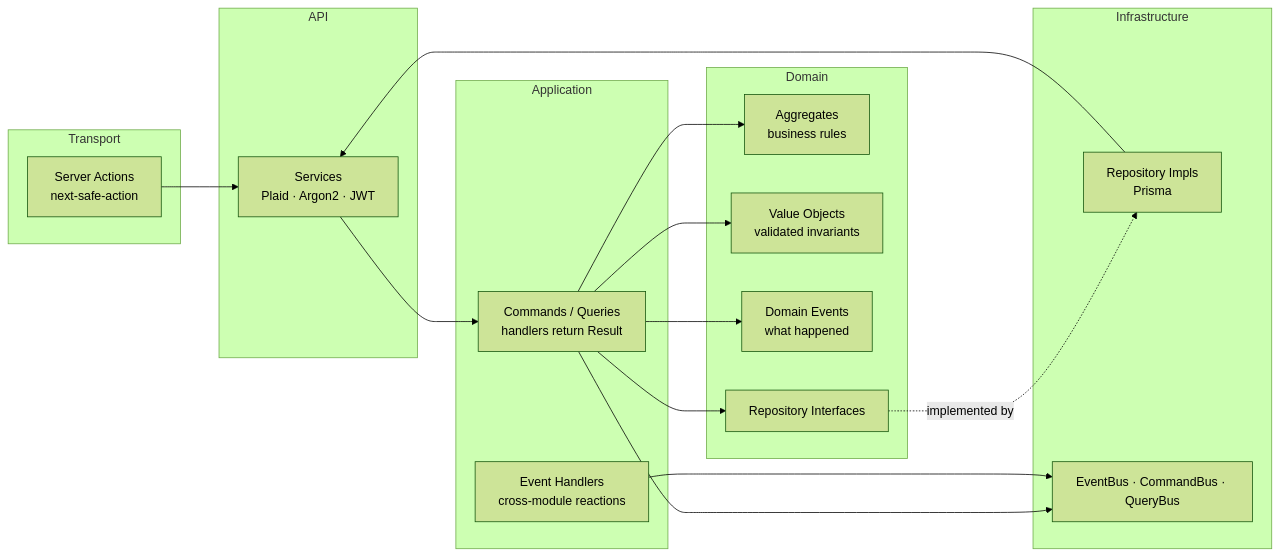
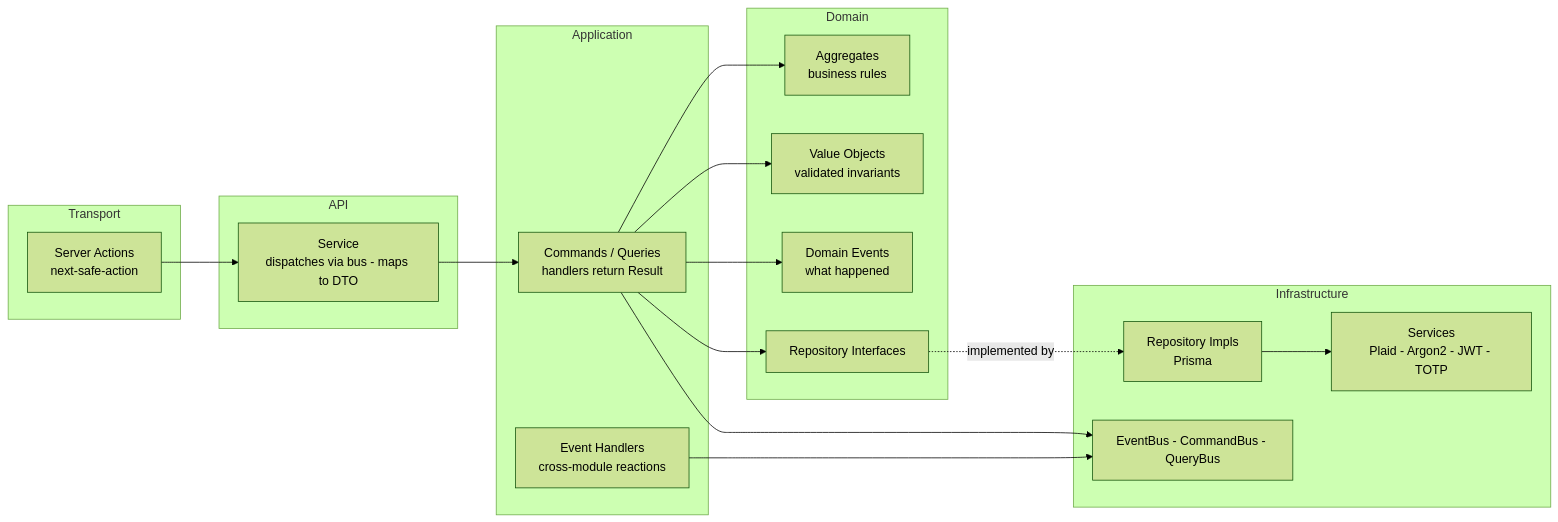
One commit to ctsmith2308/ledger changed the third of 10 diagrams in docs/flows.md. Above: the diagram before and after it, drawn with Mermaid (forest theme). The commit also changed other lines of this file and 12 other files, not shown here.

````diff
--- a/docs/flows.md
+++ b/docs/flows.md
@@ -103,34 +103,34 @@
 ```mermaid
 flowchart LR
     subgraph Transport
         SA[Server Actions<br/>next-safe-action]
     end
 
     subgraph API
-        SVC[Service<br/>dispatches via bus · maps to DTO]
+        APISVC[Service<br/>dispatches via bus - maps to DTO]
     end
 
     subgraph Application
         CMD[Commands / Queries<br/>handlers return Result]
         EH[Event Handlers<br/>cross-module reactions]
     end
 
     subgraph Domain
         AGG[Aggregates<br/>business rules]
         VO[Value Objects<br/>validated invariants]
         DE[Domain Events<br/>what happened]
         RI[Repository Interfaces]
     end
 
     subgraph Infrastructure
         REPO[Repository Impls<br/>Prisma]
-        SVC[Services<br/>Plaid · Argon2 · JWT]
-        BUS[EventBus · CommandBus · QueryBus]
+        INFRASVC[Services<br/>Plaid - Argon2 - JWT - TOTP]
+        BUS[EventBus - CommandBus - QueryBus]
     end
 
-    SA --> SVC --> CMD --> AGG & VO & DE & RI
+    SA --> APISVC --> CMD --> AGG & VO & DE & RI
     CMD --> BUS
     EH --> BUS
     RI -.->|implemented by| REPO
-    REPO --> SVC
+    REPO --> INFRASVC
 ```
````
